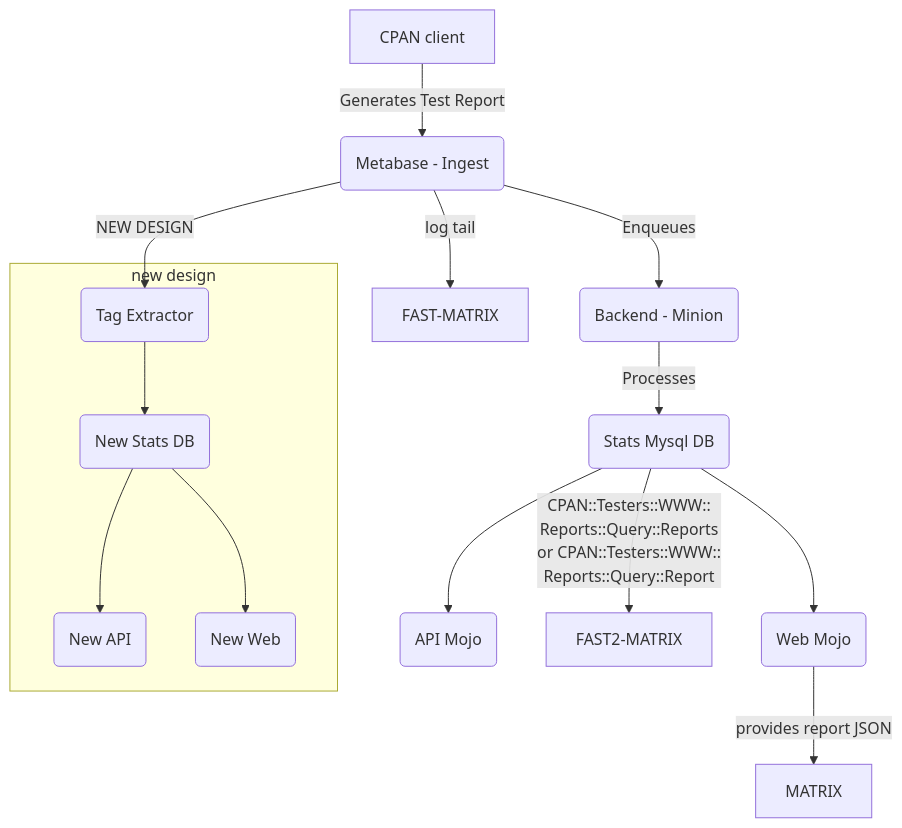
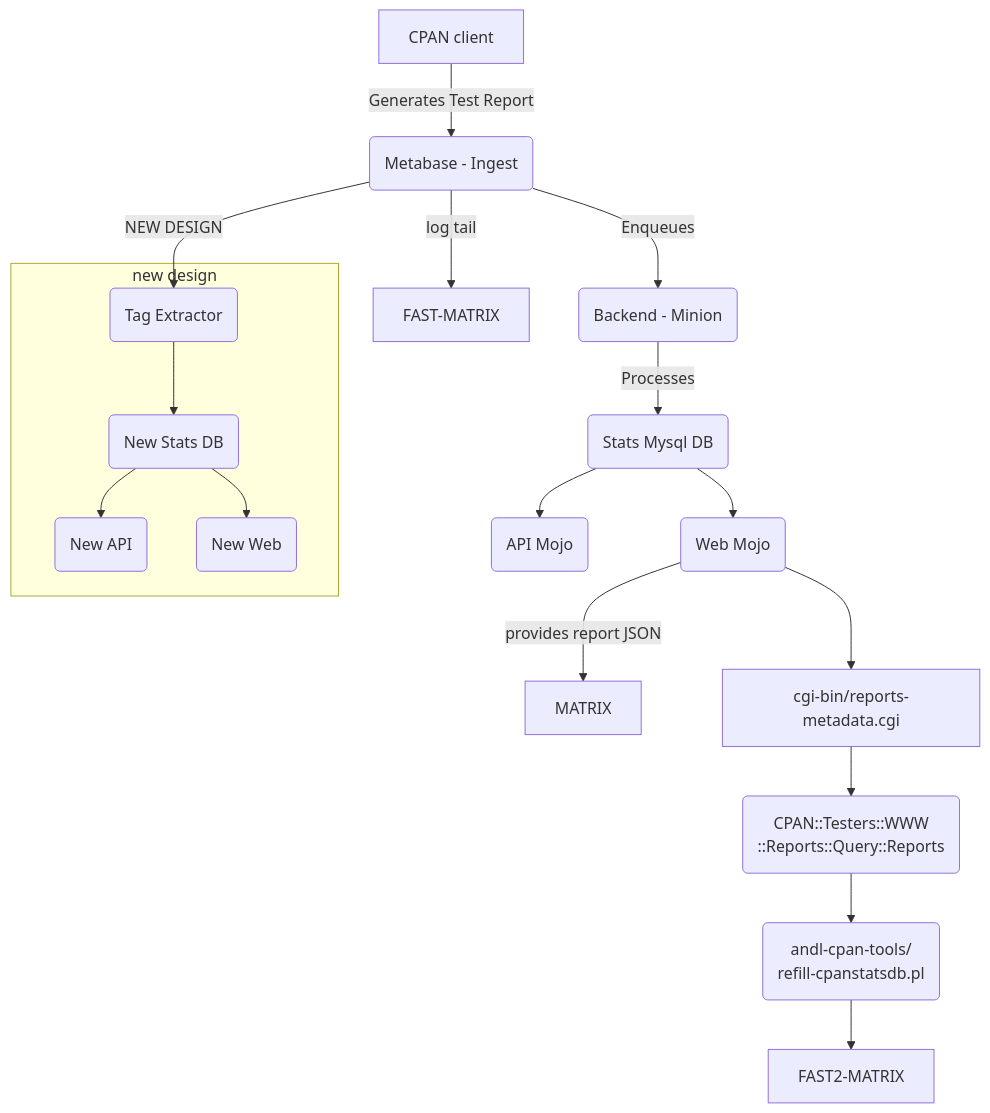
Before and after one commit to cpan-testers/cpantesters-inventory: the diagram in report_flow.md, drawn with Mermaid.

Commit message:
proper matrix flow data

````diff
--- a/report_flow.md
+++ b/report_flow.md
@@ -3,20 +3,22 @@
 ```mermaid
 flowchart TD
     A[CPAN client] -->|Generates Test Report| B(Metabase - Ingest)
     B -->|Enqueues| C(Backend - Minion)
     C -->|Processes| D(Stats Mysql DB)
     D --> F(API Mojo)
     D --> G(Web Mojo)
     B -->|NEW DESIGN| H(Tag Extractor)
     subgraph new design
     H --> I(New Stats DB)
     I --> J(New API)
     I --> K(New Web)
     end
     G -->|provides report JSON| MATRIX
     B -->|log tail| FAST-MATRIX
-    D -->   |CPAN::Testers::WWW::
-            Reports::Query::Reports
-            or CPAN::Testers::WWW::
-            Reports::Query::Report| FAST2-MATRIX
+    G --> cgi-bin/reports-metadata.cgi
+    cgi-bin/reports-metadata.cgi --> L(CPAN::Testers::WWW
+          ::Reports::Query::Reports)
+    L --> M(andl-cpan-tools/
+          refill-cpanstatsdb.pl)
+    M --> FAST2-MATRIX
 ```
````
